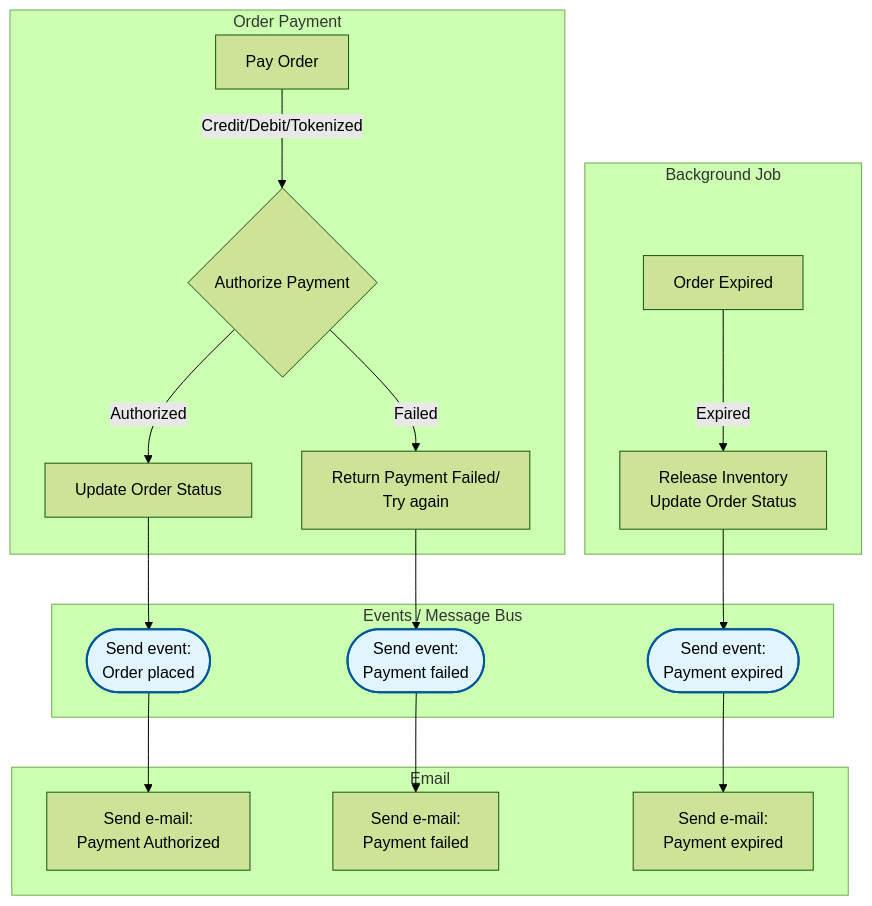
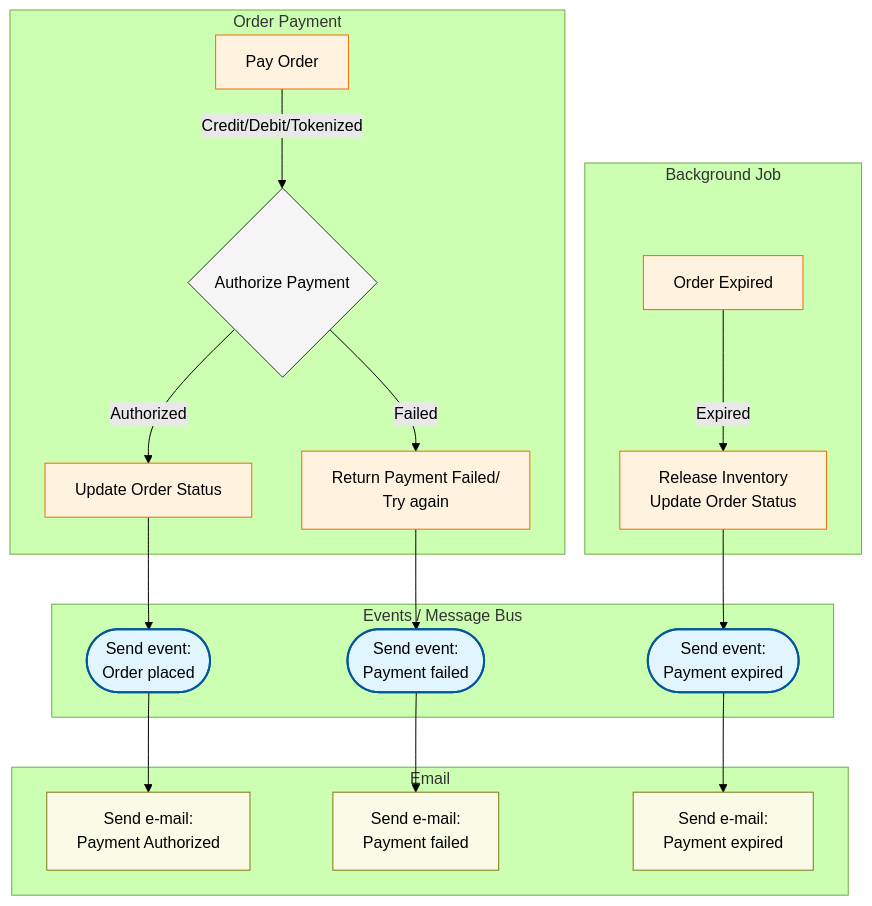
One commit to RobertoFreireDev/Order-Management changed the second of 4 diagrams in README.md. Above: the diagram before and after it, drawn with Mermaid (forest theme). The commit also changed other lines of this file, not shown here.

````diff
--- a/README.md
+++ b/README.md
@@ -47,43 +50,46 @@
 ```mermaid
 flowchart TD
     %% Subgraph Styling
     classDef event fill:#e1f5fe,stroke:#01579b,stroke-width:2px;
     classDef logic fill:#f5f5f5,stroke:#333,stroke-width:1px;
-    classDef fulfill fill:#fff3e0,stroke:#ef6c00,stroke-width:1px;
+    classDef order fill:#fff3e0,stroke:#ef6c00,stroke-width:1px;
     classDef note fill:#f9fbe7,stroke:#827717,stroke-width:1px;
 
     subgraph Order_Payment [Order Payment]
         A1[Pay Order] --> |"Credit/Debit/Tokenized"| E{Authorize Payment}
         E -->|Authorized| G[Update Order Status]
         E -->|Failed| G1[Return Payment Failed/<br/>Try again]
     end
 
     subgraph Order_Payment_Background_Job [Background Job]
         A2[Order Expired] --> |Expired| F[Release Inventory<br/>Update Order Status]
     end
 
     subgraph Events [Events / Message Bus]
         H([Send event:<br/>Order placed])
         H1([Send event:<br/>Payment failed])
         H2([Send event:<br/>Payment expired])
     end
 
     subgraph Email [Email]
         I[Send e-mail: <br/>Payment Authorized]
         I1[Send e-mail: <br/>Payment failed]
         I2[Send e-mail: <br/>Payment expired]
     end
 
     %% Logic to Events
     G --> H
     F --> H2
     G1 --> H1
     
     %% Event Distribution
     H --> I
     H1 --> I1
     H2 --> I2
 
     %% Class Assignments
     class H,H1,H2 event;
+    class E logic;
+    class A1,G,G1,A2,F order;
+    class I,I1,I2 note;
 ```
````
